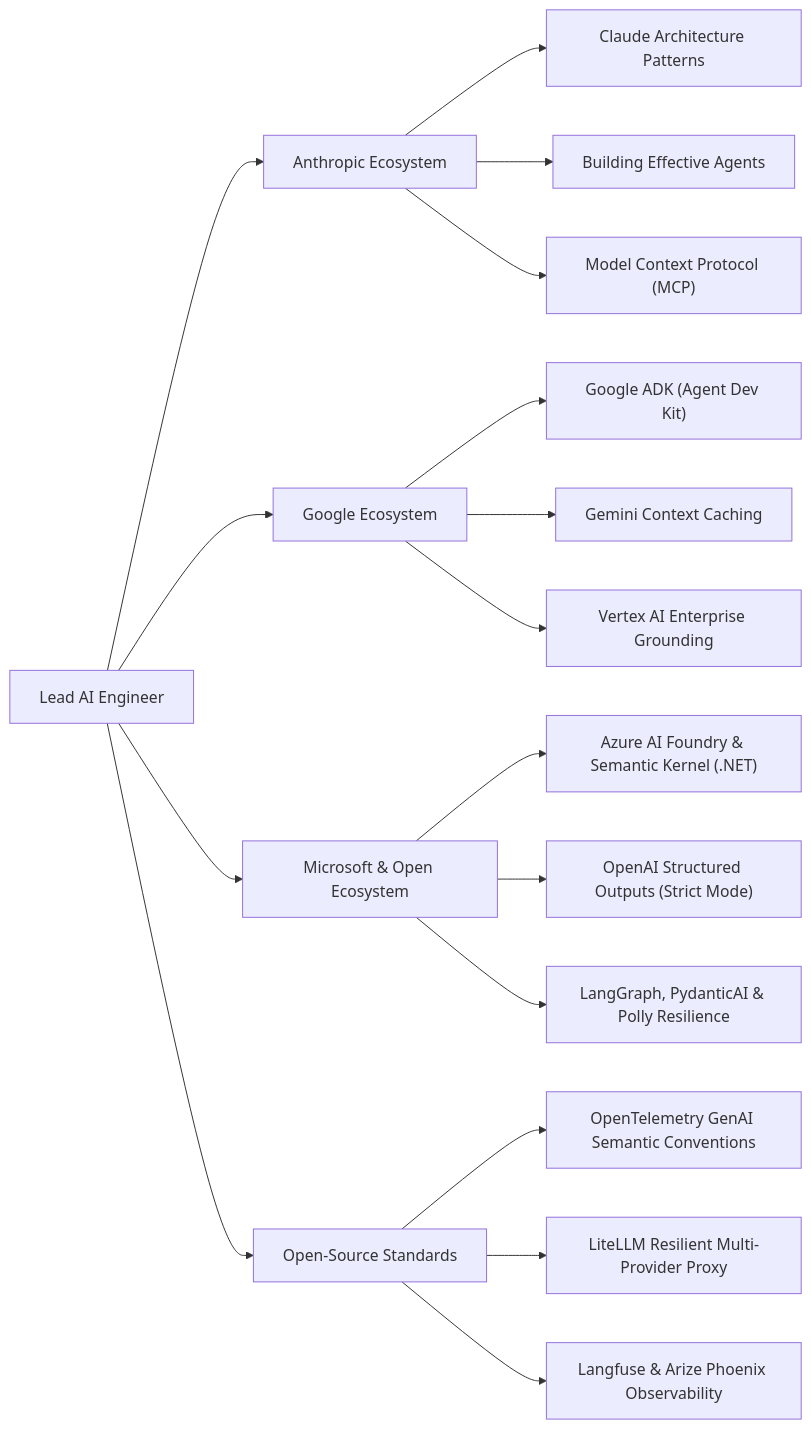
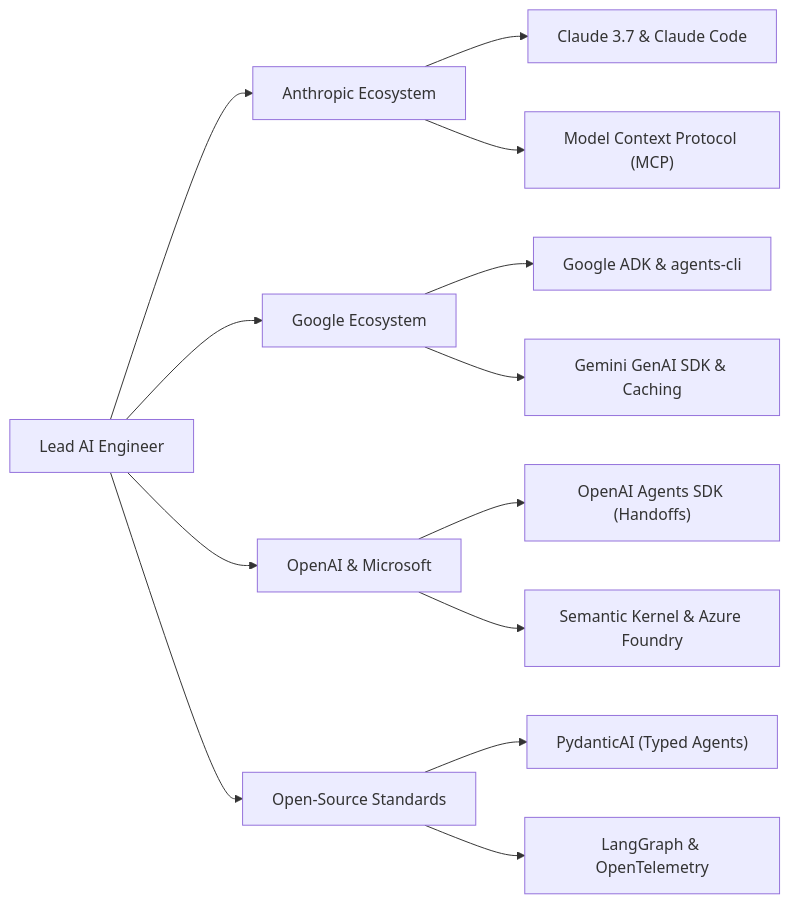
The fourth of 4 diagrams in README.md (dip4k/senior-engineer-to-ai-engineer-roadmap), drawn with Mermaid before and after one commit. The commit also changed other lines of this file and 69 other files, not shown here.

First line of the commit message:
Add enterprise AI architectural use cases and detailed blueprints

````diff
--- a/README.md
+++ b/README.md
@@ -286,23 +139,19 @@
 ```mermaid
 flowchart LR
     A["Lead AI Engineer"] --> B["Anthropic Ecosystem"]
     A --> C["Google Ecosystem"]
-    A --> D["Microsoft & Open Ecosystem"]
+    A --> D["OpenAI & Microsoft"]
     A --> E["Open-Source Standards"]
 
-    B --> B1["Claude Architecture Patterns"]
-    B --> B2["Building Effective Agents"]
-    B --> B3["Model Context Protocol (MCP)"]
+    B --> B1["Claude 3.7 & Claude Code"]
+    B --> B2["Model Context Protocol (MCP)"]
 
-    C --> C1["Google ADK (Agent Dev Kit)"]
-    C --> C2["Gemini Context Caching"]
-    C --> C3["Vertex AI Enterprise Grounding"]
+    C --> C1["Google ADK & agents-cli"]
+    C --> C2["Gemini GenAI SDK & Caching"]
 
-    D --> D1["Azure AI Foundry & Semantic Kernel (.NET)"]
-    D --> D2["OpenAI Structured Outputs (Strict Mode)"]
-    D --> D3["LangGraph, PydanticAI & Polly Resilience"]
+    D --> D1["OpenAI Agents SDK (Handoffs)"]
+    D --> D2["Semantic Kernel & Azure Foundry"]
 
-    E --> E1["OpenTelemetry GenAI Semantic Conventions"]
-    E --> E2["LiteLLM Resilient Multi-Provider Proxy"]
-    E --> E3["Langfuse & Arize Phoenix Observability"]
+    E --> E1["PydanticAI (Typed Agents)"]
+    E --> E2["LangGraph & OpenTelemetry"]
 ```
````
